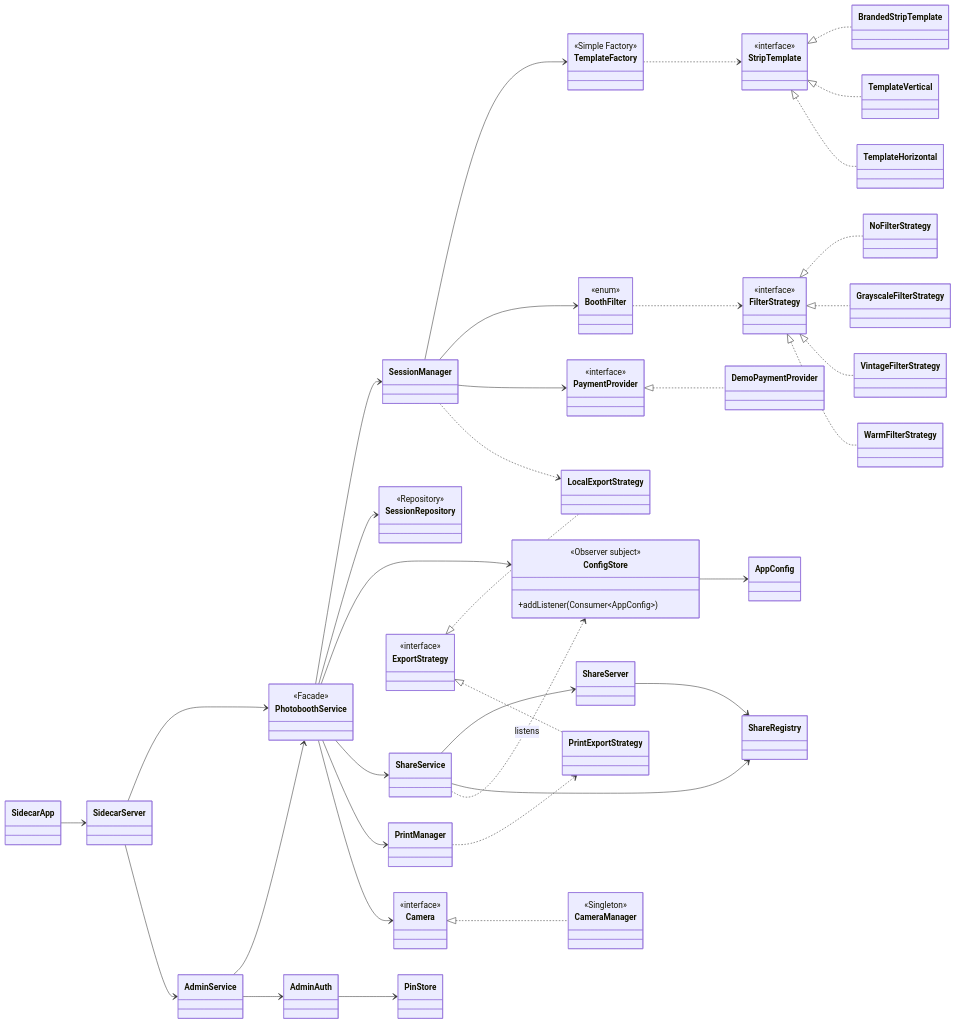
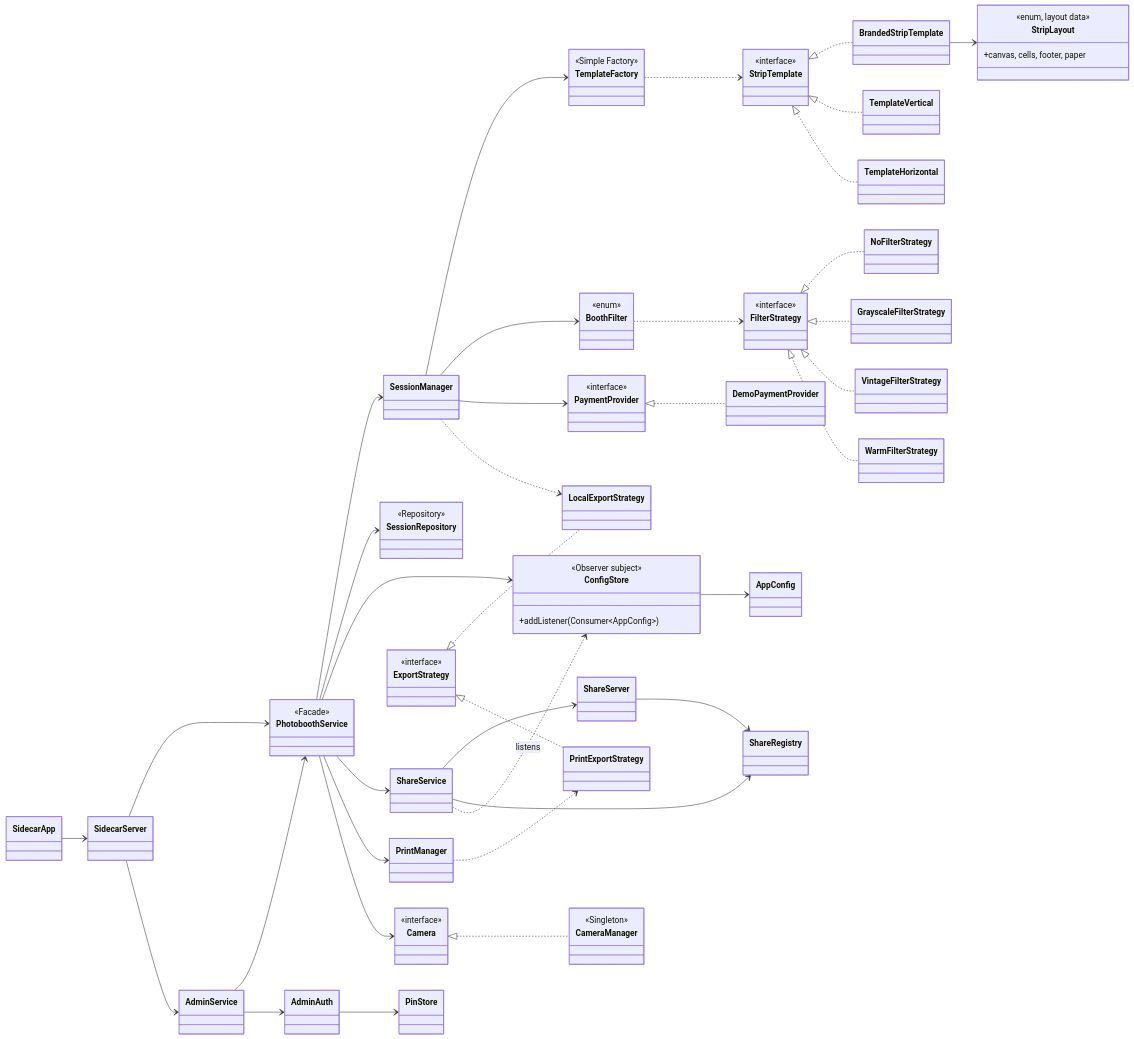
Before and after one commit to Umeem26/Photobooth-Studio: the second of 2 diagrams in docs/ARCHITECTURE.md, drawn with Mermaid. The commit also changed other lines of this file and 1 other file, not shown here.

Commit message:
README: layouts, galeri Guest/Operator, badge, tes dihitung ulang; ARCHITECTURE: StripLayout

```diff
--- a/docs/ARCHITECTURE.md
+++ b/docs/ARCHITECTURE.md
@@ -67,6 +67,10 @@
   }
   class StripTemplate {
     <<interface>>
+  }
+  class StripLayout {
+    <<enum, layout data>>
+    +canvas, cells, footer, paper
   }
   class BrandedStripTemplate
   class TemplateVertical
@@ -120,6 +124,7 @@
   ConfigStore --> AppConfig
   TemplateFactory ..> StripTemplate
   StripTemplate <|.. BrandedStripTemplate
+  BrandedStripTemplate --> StripLayout
   StripTemplate <|.. TemplateVertical
   StripTemplate <|.. TemplateHorizontal
   BoothFilter ..> FilterStrategy
```
